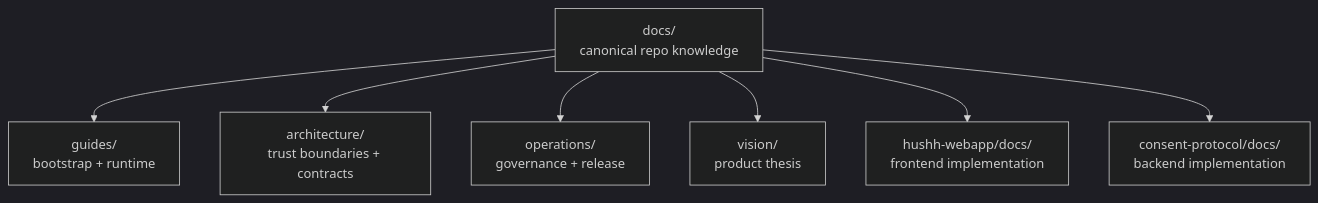
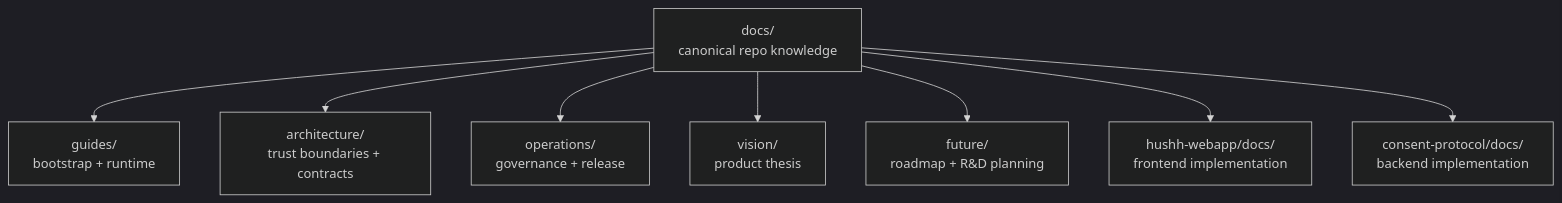
One commit to hushh-labs/hushh-research changed the diagram in docs/README.md. Above: the diagram before and after it, drawn with Mermaid (dark theme). The commit also changed other lines of this file and 43 other files, not shown here.

Commit message:
feat: refine profile surfaces and future planning docs

````diff
--- a/docs/README.md
+++ b/docs/README.md
@@ -7,17 +7,19 @@
 ```mermaid
 flowchart TB
   hub["docs/<br/>canonical repo knowledge"]
   guides["guides/<br/>bootstrap + runtime"]
   architecture["architecture/<br/>trust boundaries + contracts"]
   operations["operations/<br/>governance + release"]
   vision["vision/<br/>product thesis"]
+  future["future/<br/>roadmap + R&D planning"]
   frontend["hushh-webapp/docs/<br/>frontend implementation"]
   backend["consent-protocol/docs/<br/>backend implementation"]
 
   hub --> guides
   hub --> architecture
   hub --> operations
   hub --> vision
+  hub --> future
   hub --> frontend
   hub --> backend
 ```
````
